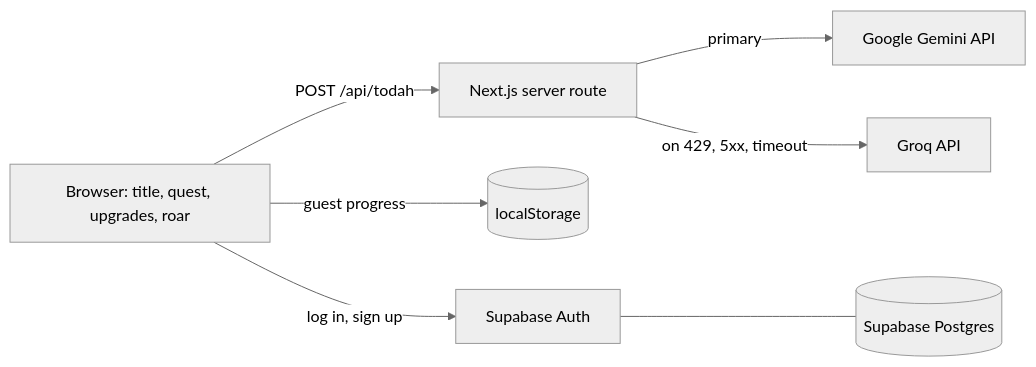
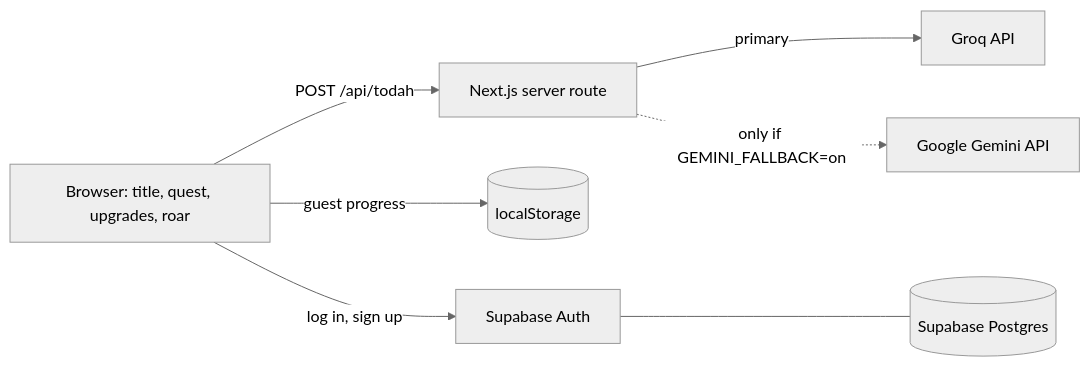
One commit to cohortjuan/rwr changed the first of 2 diagrams in docs/architecture/overview.md. Above: the diagram before and after it, drawn with Mermaid (neutral theme). The commit also changed 3 other files, not shown here.

First line of the commit message:
Make Groq the primary provider and Gemini an opt-in fallback

````diff
--- a/docs/architecture/overview.md
+++ b/docs/architecture/overview.md
@@ -5,9 +5,9 @@
 ```mermaid
 flowchart LR
   Browser[Browser: title, quest, upgrades, roar] -->|POST /api/todah| Route[Next.js server route]
-  Route -->|primary| Gemini[Google Gemini API]
-  Route -->|on 429, 5xx, timeout| Groq[Groq API]
+  Route -->|primary| Groq[Groq API]
+  Route -.->|only if GEMINI_FALLBACK=on| Gemini[Google Gemini API]
   Browser -->|guest progress| LocalStorage[(localStorage)]
   Browser -->|log in, sign up| SupabaseAuth[Supabase Auth]
   SupabaseAuth --- Postgres[(Supabase Postgres)]
 ```
````
